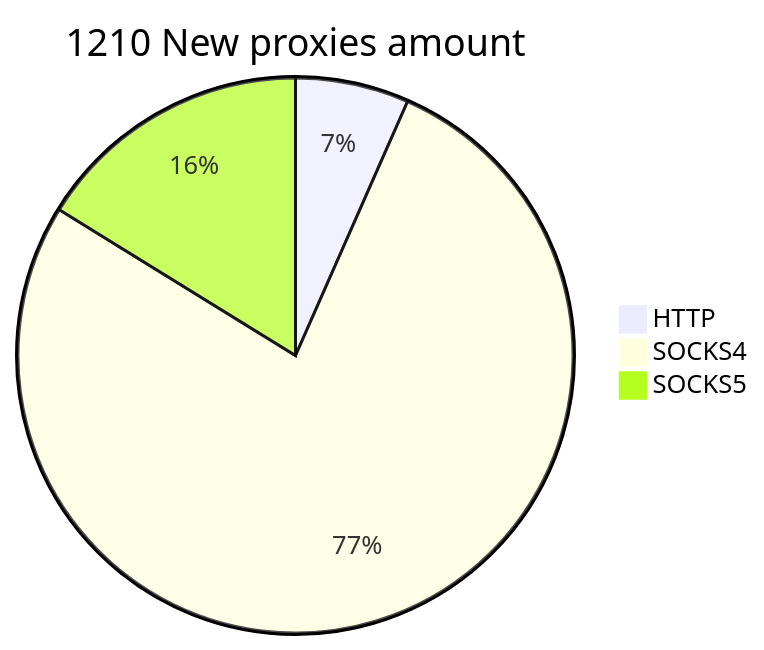
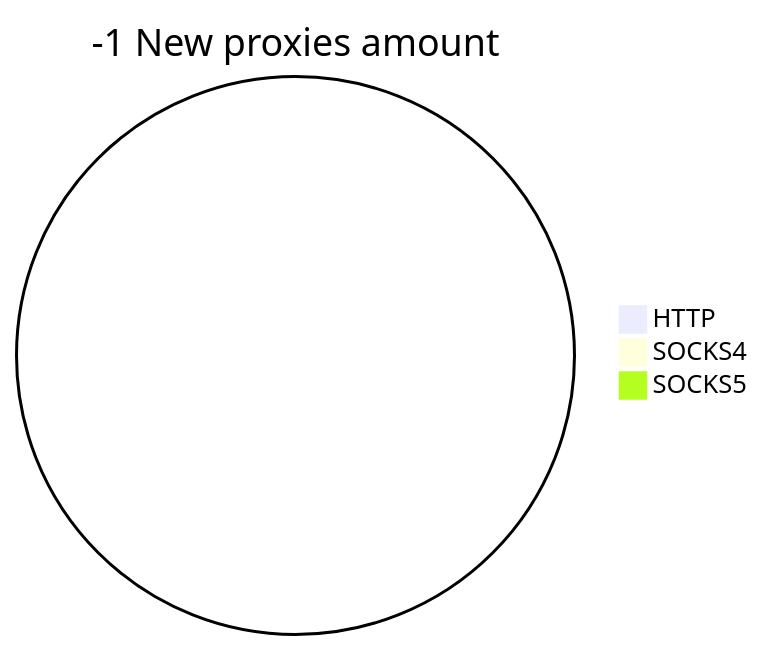
The second of 2 diagrams in README.md (cutipu/proxylist), drawn with Mermaid before and after one commit. The commit also changed other lines of this file, not shown here.

````diff
--- a/README.md
+++ b/README.md
@@ -10,6 +10,6 @@
 ```mermaid
-pie title 1210 New proxies amount
-    "HTTP" : 80
-    "SOCKS4" : 934
-    "SOCKS5" : 196
+pie title -1 New proxies amount
+    "HTTP" : 0
+    "SOCKS4" : 0
+    "SOCKS5" : 0
 ```
````
